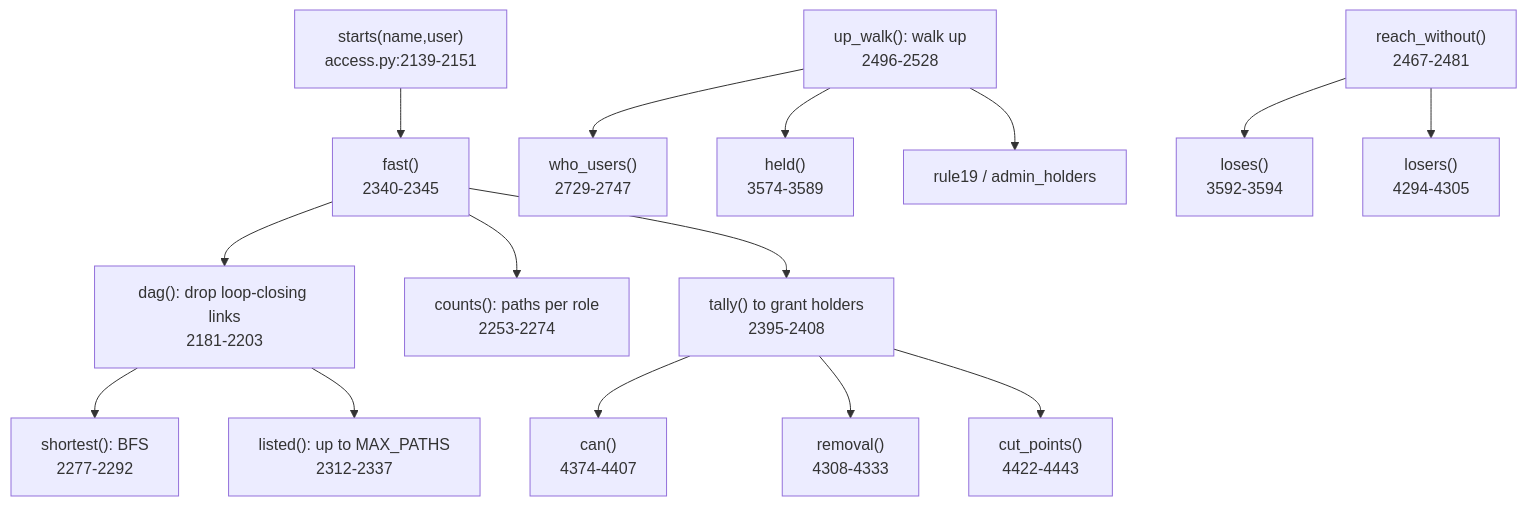
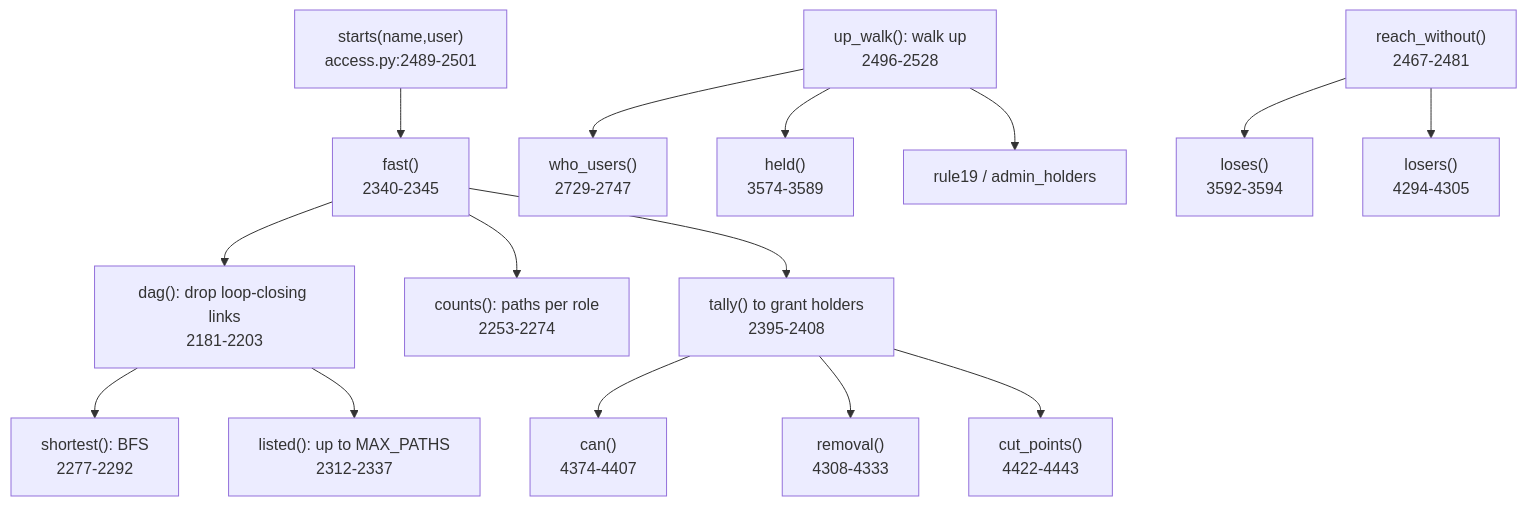
The diagram in snowflake-access-explorer-knowledge-graph/logic/walks.md (darshanmeel/snowflake-access-explorer), drawn with Mermaid before and after one commit. The commit also changed other lines of this file and 97 other files, not shown here.

First line of the commit message:
Knowledge graph: updated for 80 commits (read levels, object inventory, object activity, graph focus, risks, Home)

````diff
--- a/snowflake-access-explorer-knowledge-graph/logic/walks.md
+++ b/snowflake-access-explorer-knowledge-graph/logic/walks.md
@@ -6,17 +6,17 @@
 ```mermaid
 flowchart TD
-  ST["starts(name,user)<br/>access.py:2139-2151"] --> FA["fast()<br/>2340-2345"]
+  ST["starts(name,user)<br/>access.py:2489-2501"] --> FA["fast()<br/>2340-2345"]
   FA --> DAG["dag(): drop loop-closing links<br/>2181-2203"]
   FA --> CNT["counts(): paths per role<br/>2253-2274"]
   DAG --> SH["shortest(): BFS<br/>2277-2292"]
   DAG --> LI["listed(): up to MAX_PATHS<br/>2312-2337"]
   FA --> TA["tally() to grant holders<br/>2395-2408"]
   TA --> CAN["can()<br/>4374-4407"]
   TA --> REM["removal()<br/>4308-4333"]
   TA --> CUT["cut_points()<br/>4422-4443"]
   UW["up_walk(): walk up<br/>2496-2528"] --> WU["who_users()<br/>2729-2747"]
   UW --> HE["held()<br/>3574-3589"]
   UW --> R19["rule19 / admin_holders"]
   RW["reach_without()<br/>2467-2481"] --> LO["loses()<br/>3592-3594"]
   RW --> LS["losers()<br/>4294-4305"]
 ```
````
